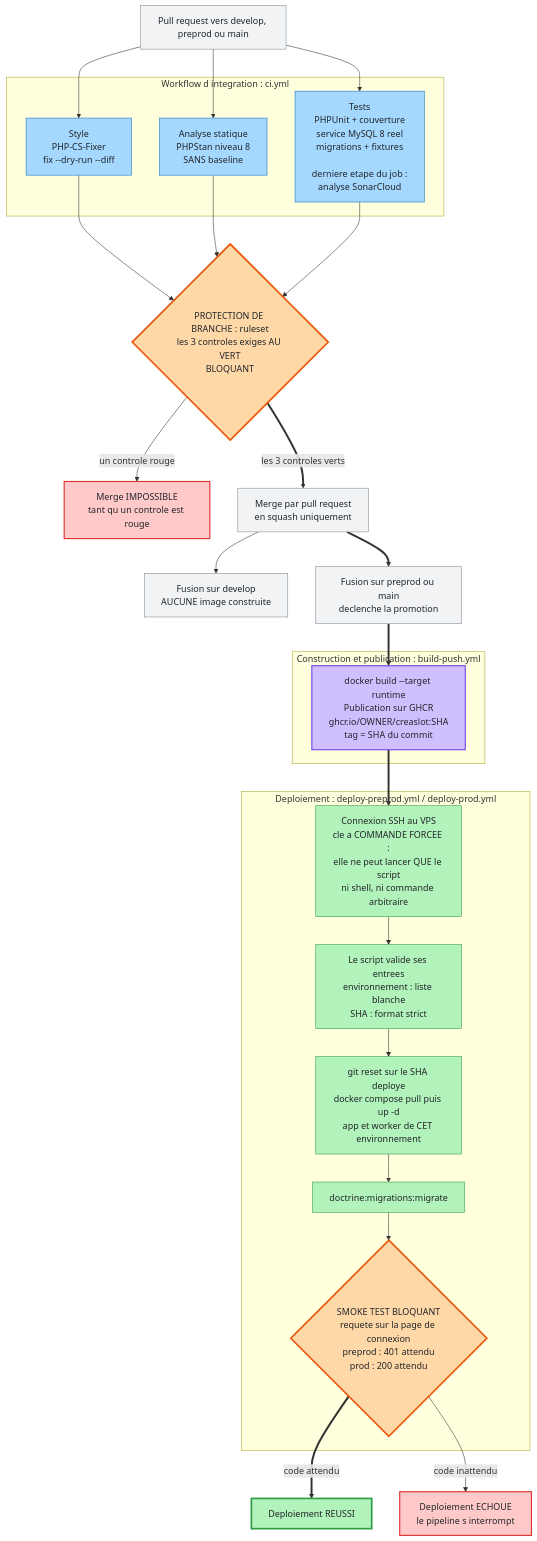
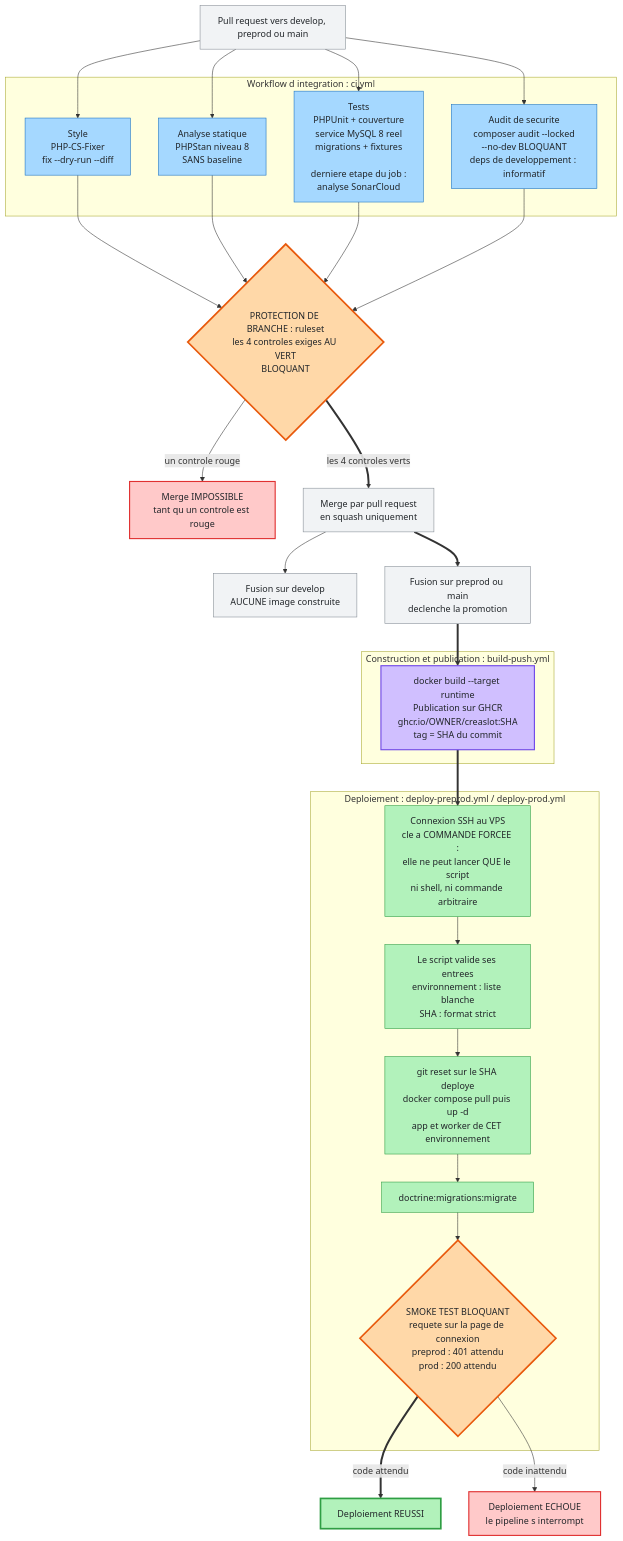
One commit to sgahovey/creaslot changed the diagram in docs/pipeline-cicd.mermaid. Above: the diagram before and after it, drawn with Mermaid. The commit also changed 3 other files, not shown here.

First line of the commit message:
docs: actualise les compteurs de tests et le nombre de portes CI

```diff
--- a/docs/pipeline-cicd.mermaid
+++ b/docs/pipeline-cicd.mermaid
@@ -1,75 +1,78 @@
 flowchart TB
 
     PR["Pull request vers develop, preprod ou main"]
 
     subgraph QUALITE["Workflow d integration : ci.yml"]
         CS["Style<br/>PHP-CS-Fixer<br/>fix --dry-run --diff"]
         STAN["Analyse statique<br/>PHPStan niveau 8<br/>SANS baseline"]
         TESTS["Tests<br/>PHPUnit + couverture<br/>service MySQL 8 reel<br/>migrations + fixtures<br/><br/>derniere etape du job :<br/>analyse SonarCloud"]
+        AUDIT["Audit de securite<br/>composer audit --locked<br/>--no-dev BLOQUANT<br/>deps de developpement : informatif"]
     end
 
-    GATE{"PROTECTION DE BRANCHE : ruleset<br/>les 3 controles exiges AU VERT<br/>BLOQUANT"}
+    GATE{"PROTECTION DE BRANCHE : ruleset<br/>les 4 controles exiges AU VERT<br/>BLOQUANT"}
 
     REFUS["Merge IMPOSSIBLE<br/>tant qu un controle est rouge"]
 
     MERGE["Merge par pull request<br/>en squash uniquement"]
 
     DEVELOP["Fusion sur develop<br/>AUCUNE image construite"]
 
     PROMO["Fusion sur preprod ou main<br/>declenche la promotion"]
 
     subgraph CONSTRUCTION["Construction et publication : build-push.yml"]
         IMAGE["docker build --target runtime<br/>Publication sur GHCR<br/>ghcr.io/OWNER/creaslot:SHA<br/>tag = SHA du commit"]
     end
 
     subgraph DEPLOIEMENT["Deploiement : deploy-preprod.yml / deploy-prod.yml"]
         SSH["Connexion SSH au VPS<br/>cle a COMMANDE FORCEE :<br/>elle ne peut lancer QUE le script<br/>ni shell, ni commande arbitraire"]
         VALID["Le script valide ses entrees<br/>environnement : liste blanche<br/>SHA : format strict"]
         SYNC["git reset sur le SHA deploye<br/>docker compose pull puis up -d<br/>app et worker de CET environnement"]
         MIGR["doctrine:migrations:migrate"]
         SMOKE{"SMOKE TEST BLOQUANT<br/>requete sur la page de connexion<br/>preprod : 401 attendu<br/>prod : 200 attendu"}
     end
 
     OK["Deploiement REUSSI"]
     KO["Deploiement ECHOUE<br/>le pipeline s interrompt"]
 
     PR --> CS
     PR --> STAN
     PR --> TESTS
+    PR --> AUDIT
 
     CS --> GATE
     STAN --> GATE
     TESTS --> GATE
+    AUDIT --> GATE
 
     GATE -->|"un controle rouge"| REFUS
-    GATE ==>|"les 3 controles verts"| MERGE
+    GATE ==>|"les 4 controles verts"| MERGE
 
     MERGE --> DEVELOP
     MERGE ==> PROMO
 
     PROMO ==> IMAGE
     IMAGE ==> SSH
     SSH --> VALID
     VALID --> SYNC
     SYNC --> MIGR
     MIGR --> SMOKE
 
     SMOKE ==>|"code attendu"| OK
     SMOKE -->|"code inattendu"| KO
 
     classDef entree fill:#f1f3f5,stroke:#868e96,stroke-width:1px,color:#212529
     classDef qualite fill:#a5d8ff,stroke:#1971c2,stroke-width:1px,color:#212529
     classDef bloquant fill:#ffd8a8,stroke:#e8590c,stroke-width:3px,color:#212529
     classDef build fill:#d0bfff,stroke:#7048e8,stroke-width:2px,color:#212529
     classDef deploie fill:#b2f2bb,stroke:#2f9e44,stroke-width:1px,color:#212529
     classDef succes fill:#b2f2bb,stroke:#2f9e44,stroke-width:3px,color:#212529
     classDef echec fill:#ffc9c9,stroke:#e03131,stroke-width:2px,color:#212529
 
     class PR entree
-    class CS,STAN,TESTS qualite
+    class CS,STAN,TESTS,AUDIT qualite
     class GATE,SMOKE bloquant
     class REFUS,KO echec
     class MERGE,DEVELOP,PROMO entree
     class IMAGE build
     class SSH,VALID,SYNC,MIGR deploie
     class OK succes
```
